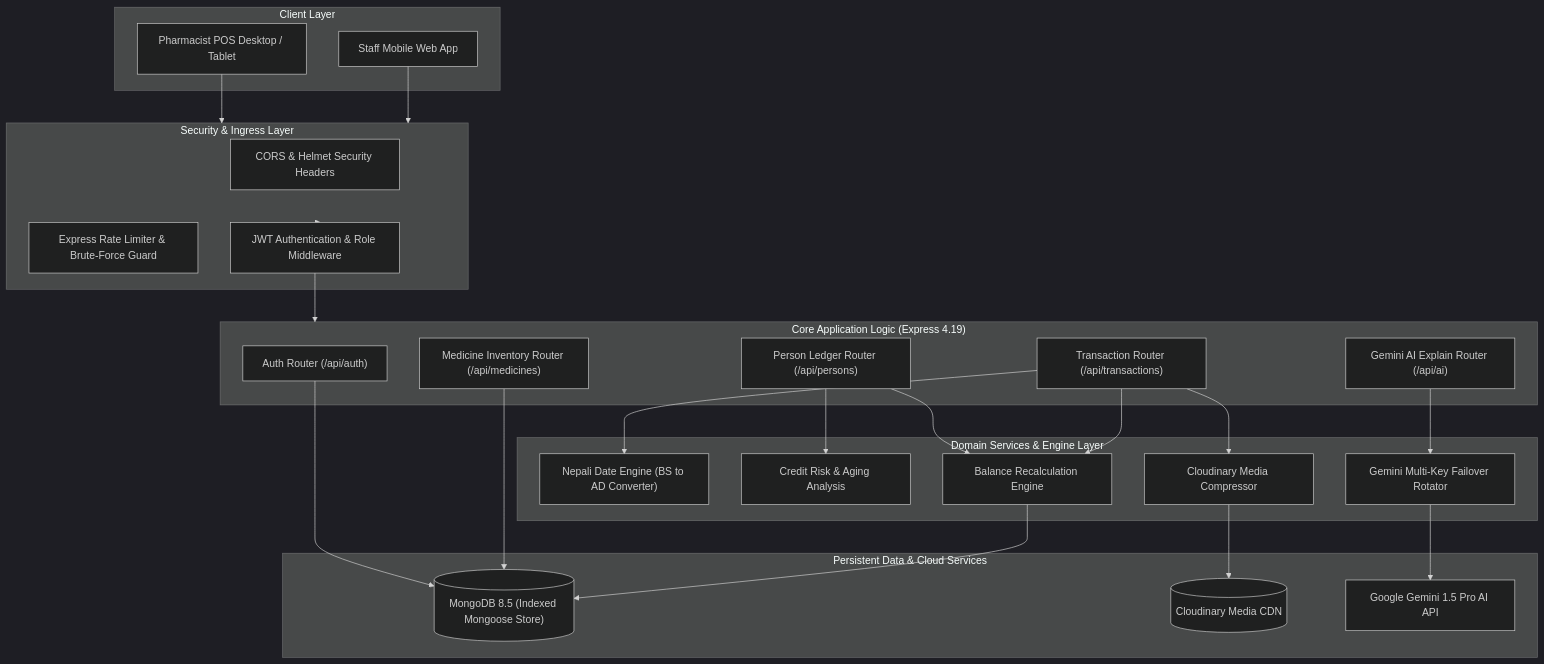
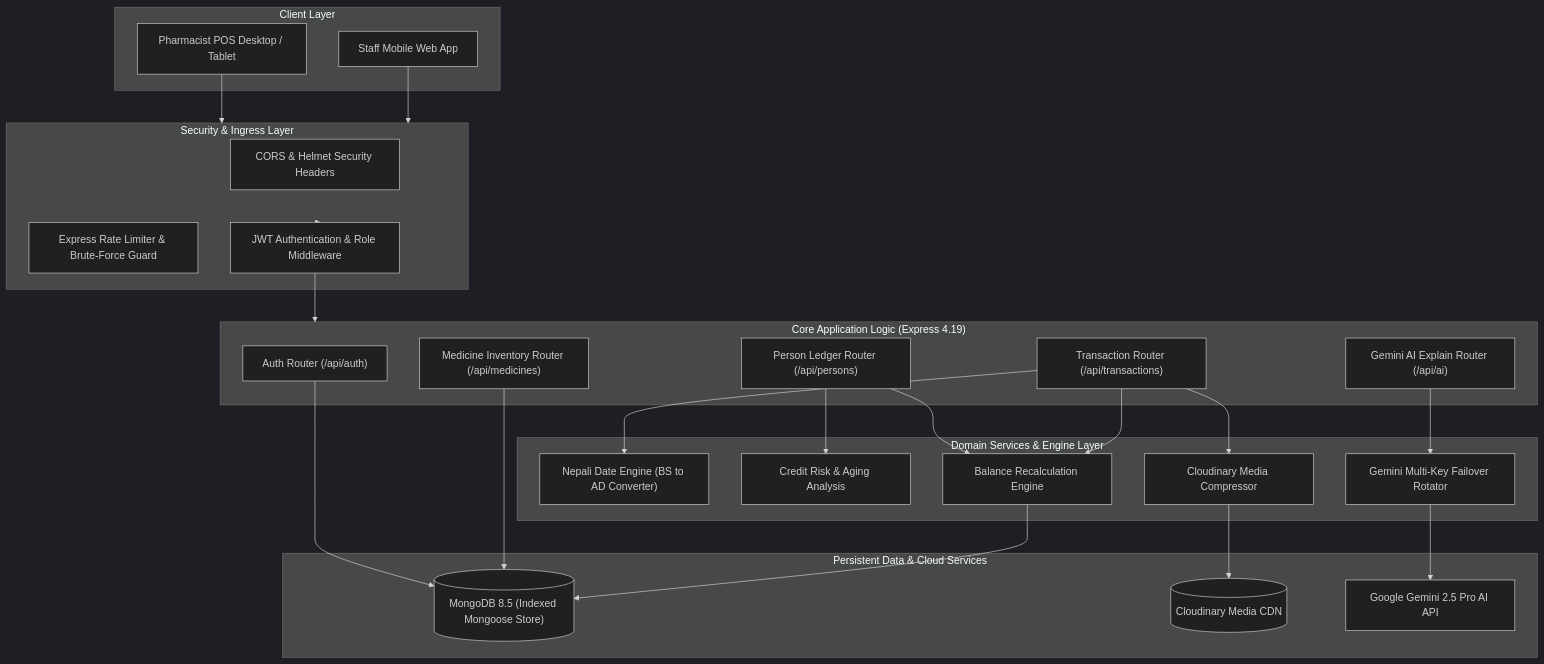
One commit to dhrub4545/sonisurgical-backend changed the first of 2 diagrams in README.md. Above: the diagram before and after it, drawn with Mermaid (dark theme). The commit also changed other lines of this file, not shown here.

Commit message:
feat(ai): update AI model references to latest generation (Gemini 2.5 Flash/Pro)

````diff
--- a/README.md
+++ b/README.md
@@ -42,53 +42,53 @@
 ```mermaid
 flowchart TD
     subgraph Clients["Client Layer"]
         POS["Pharmacist POS Desktop / Tablet"]
         Mobile["Staff Mobile Web App"]
     end
 
     subgraph Gateway["Security & Ingress Layer"]
         CORS["CORS & Helmet Security Headers"]
         Limiter["Express Rate Limiter & Brute-Force Guard"]
         JWTAuth["JWT Authentication & Role Middleware"]
     end
 
     subgraph Core["Core Application Logic (Express 4.19)"]
         AuthRouter["Auth Router (/api/auth)"]
         PersonRouter["Person Ledger Router (/api/persons)"]
         TxRouter["Transaction Router (/api/transactions)"]
         MedRouter["Medicine Inventory Router (/api/medicines)"]
         AIRouter["Gemini AI Explain Router (/api/ai)"]
     end
 
     subgraph Services["Domain Services & Engine Layer"]
         BSConvert["Nepali Date Engine (BS to AD Converter)"]
         RiskEngine["Credit Risk & Aging Analysis"]
         LedgerService["Balance Recalculation Engine"]
         KeyRotator["Gemini Multi-Key Failover Rotator"]
         CloudinaryService["Cloudinary Media Compressor"]
     end
 
     subgraph Storage["Persistent Data & Cloud Services"]
         MongoDB[("MongoDB 8.5 (Indexed Mongoose Store)")]
         Cloudinary[("Cloudinary Media CDN")]
-        GeminiAPI["Google Gemini 1.5 Pro AI API"]
+        GeminiAPI["Google Gemini 2.5 Pro AI API"]
     end
 
     POS --> Gateway
     Mobile --> Gateway
     Gateway --> JWTAuth
     JWTAuth --> Core
 
     AuthRouter --> MongoDB
     PersonRouter --> LedgerService
     PersonRouter --> RiskEngine
     TxRouter --> BSConvert
     TxRouter --> CloudinaryService
     TxRouter --> LedgerService
     MedRouter --> MongoDB
     AIRouter --> KeyRotator
 
     LedgerService --> MongoDB
     CloudinaryService --> Cloudinary
     KeyRotator --> GeminiAPI
 ```
````
